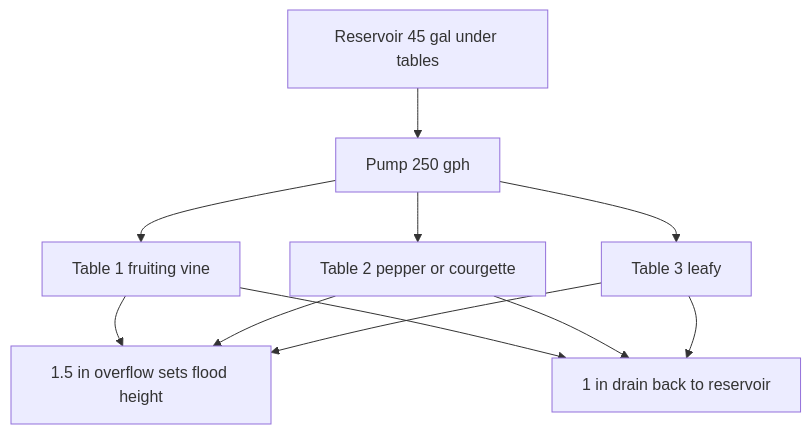
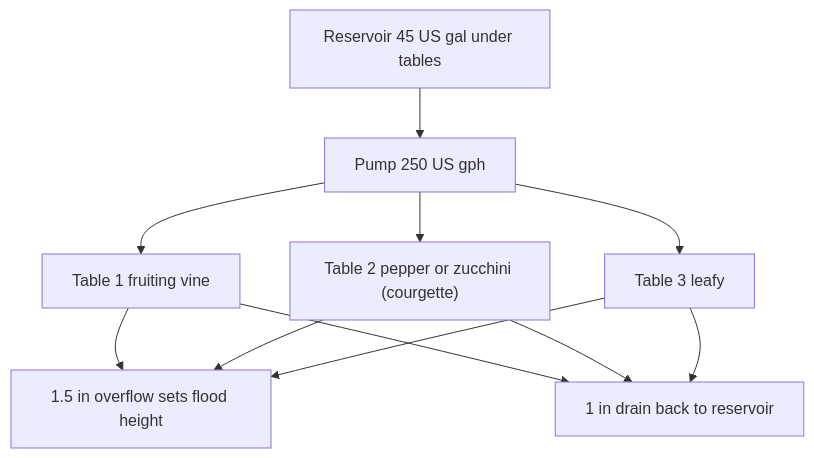
The third of 3 diagrams in zones.md (UncleJS/guide_hydroponics), drawn with Mermaid before and after one commit. The commit also changed other lines of this file and 35 other files, not shown here.

````diff
--- a/zones.md
+++ b/zones.md
@@ -152,13 +152,13 @@
 ```mermaid
 flowchart TD
-  res["Reservoir 45 gal under tables"] --> pump["Pump 250 gph"]
+  res["Reservoir 45 US gal under tables"] --> pump["Pump 250 US gph"]
   pump --> t1["Table 1 fruiting vine"]
-  pump --> t2["Table 2 pepper or courgette"]
+  pump --> t2["Table 2 pepper or zucchini (courgette)"]
   pump --> t3["Table 3 leafy"]
   t1 --> overflow["1.5 in overflow sets flood height"]
   t2 --> overflow
   t3 --> overflow
   t1 --> drain["1 in drain back to reservoir"]
   t2 --> drain
   t3 --> drain
 ```
````
